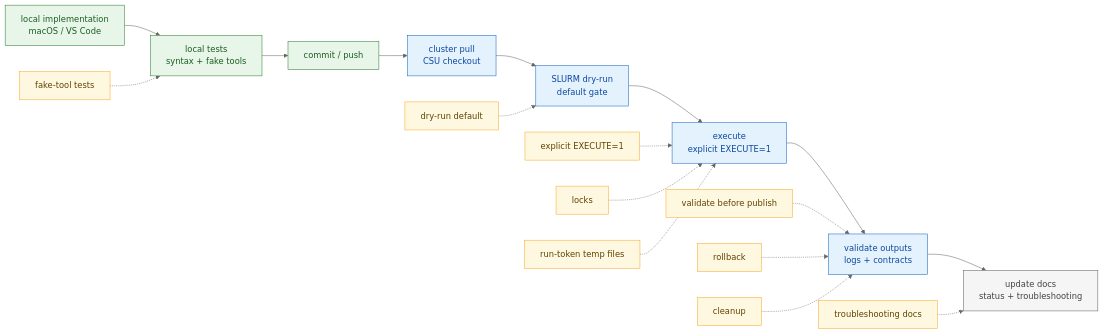
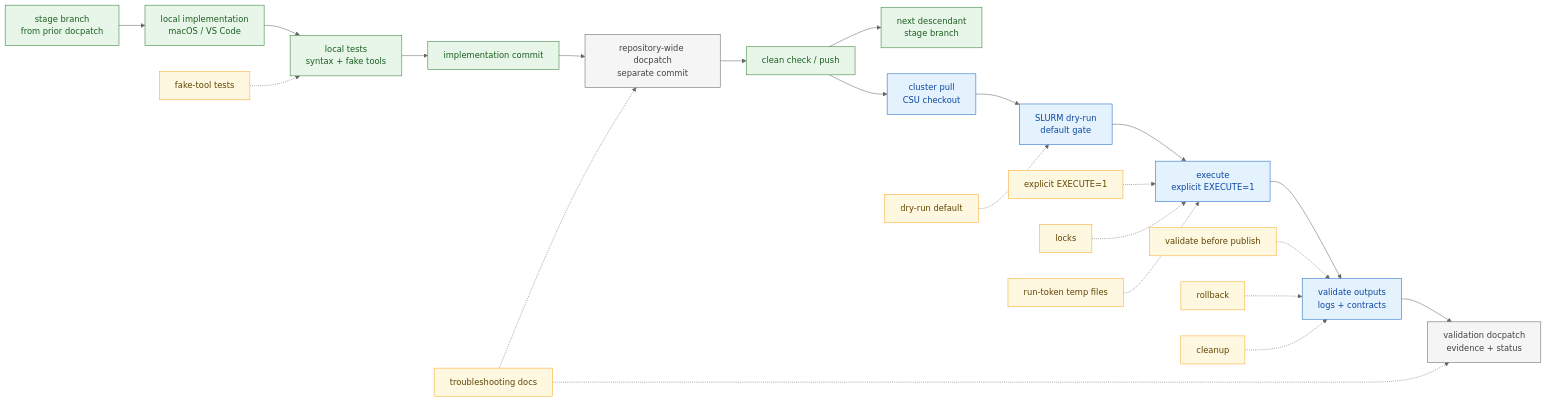
Before and after one commit to lab-cats/EMRYS: the second of 2 diagrams in docs/architecture/ARCHITECTURE.md, drawn with Mermaid (neutral theme). The commit also changed other lines of this file and 14 other files, not shown here.

````diff
--- a/docs/architecture/ARCHITECTURE.md
+++ b/docs/architecture/ARCHITECTURE.md
@@ -104,43 +106,49 @@
 ```mermaid
 flowchart LR
     classDef gate fill:#e8f5e9,stroke:#2e7d32,color:#1b5e20
     classDef cluster fill:#e3f2fd,stroke:#1565c0,color:#0d47a1
     classDef safeguard fill:#fff8e1,stroke:#f9a825,color:#5f4300
     classDef docs fill:#f5f5f5,stroke:#616161,color:#424242
 
+    stagebranch["stage branch<br/>from prior docpatch"]
     local["local implementation<br/>macOS / VS Code"]
     tests["local tests<br/>syntax + fake tools"]
-    gitpush["commit / push"]
+    implcommit["implementation commit"]
+    stagepatch["repository-wide docpatch<br/>separate commit"]
+    cleanpush["clean check / push"]
+    descendant["next descendant<br/>stage branch"]
     pull["cluster pull<br/>CSU checkout"]
     dryrun["SLURM dry-run<br/>default gate"]
     execute["execute<br/>explicit EXECUTE=1"]
     validate["validate outputs<br/>logs + contracts"]
-    docupdate["update docs<br/>status + troubleshooting"]
+    validationpatch["validation docpatch<br/>evidence + status"]
 
     fake["fake-tool tests"]
     drydefault["dry-run default"]
     execflag["explicit EXECUTE=1"]
     locks["locks"]
     runtoken["run-token temp files"]
     publish["validate before publish"]
     rollback["rollback"]
     cleanup["cleanup"]
     trouble["troubleshooting docs"]
 
-    local --> tests --> gitpush --> pull --> dryrun --> execute --> validate --> docupdate
+    stagebranch --> local --> tests --> implcommit --> stagepatch --> cleanpush --> descendant
+    cleanpush --> pull --> dryrun --> execute --> validate --> validationpatch
 
     fake -.-> tests
     drydefault -.-> dryrun
     execflag -.-> execute
     locks -.-> execute
     runtoken -.-> execute
     publish -.-> validate
     rollback -.-> validate
     cleanup -.-> validate
-    trouble -.-> docupdate
+    trouble -.-> stagepatch
+    trouble -.-> validationpatch
 
-    class local,tests,gitpush gate
+    class stagebranch,local,tests,implcommit,cleanpush,descendant gate
     class pull,dryrun,execute,validate cluster
     class fake,drydefault,execflag,locks,runtoken,publish,rollback,cleanup,trouble safeguard
-    class docupdate docs
+    class stagepatch,validationpatch docs
 ```
````
